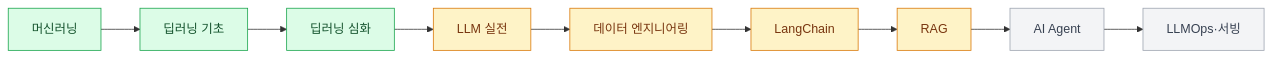
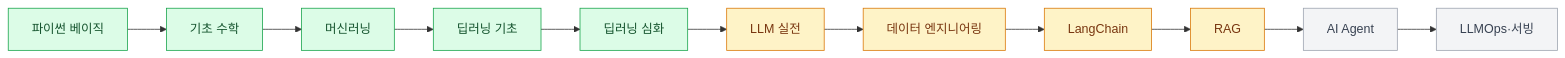
The diagram in README.md (ysl727727/TIL), drawn with Mermaid before and after one commit. The commit also changed other lines of this file and 25 other files, not shown here.

Commit message:
docs: 공유 드라이브 자료로 기초 수학·파이썬 베이직반·Transformer 4강·LLM 실전 3~5장·프로젝트(1) 보충

````diff
--- a/README.md
+++ b/README.md
@@ -27,12 +27,12 @@
 ```mermaid
 flowchart LR
-    ML[머신러닝] --> DLB[딥러닝 기초] --> DLA[딥러닝 심화] --> LLM[LLM 실전]
+    PY[파이썬 베이직] --> BM[기초 수학] --> ML[머신러닝] --> DLB[딥러닝 기초] --> DLA[딥러닝 심화] --> LLM[LLM 실전]
     LLM --> DE[데이터 엔지니어링] --> LC[LangChain] --> RAG[RAG] --> AG[AI Agent] --> OPS[LLMOps·서빙]
 
     classDef done fill:#dcfce7,stroke:#16a34a,color:#14532d
     classDef now fill:#fef3c7,stroke:#d97706,color:#78350f
     classDef next fill:#f3f4f6,stroke:#9ca3af,color:#374151
-    class ML,DLB,DLA done
+    class PY,BM,ML,DLB,DLA done
     class LLM,DE,LC,RAG now
     class AG,OPS next
 ```
````
